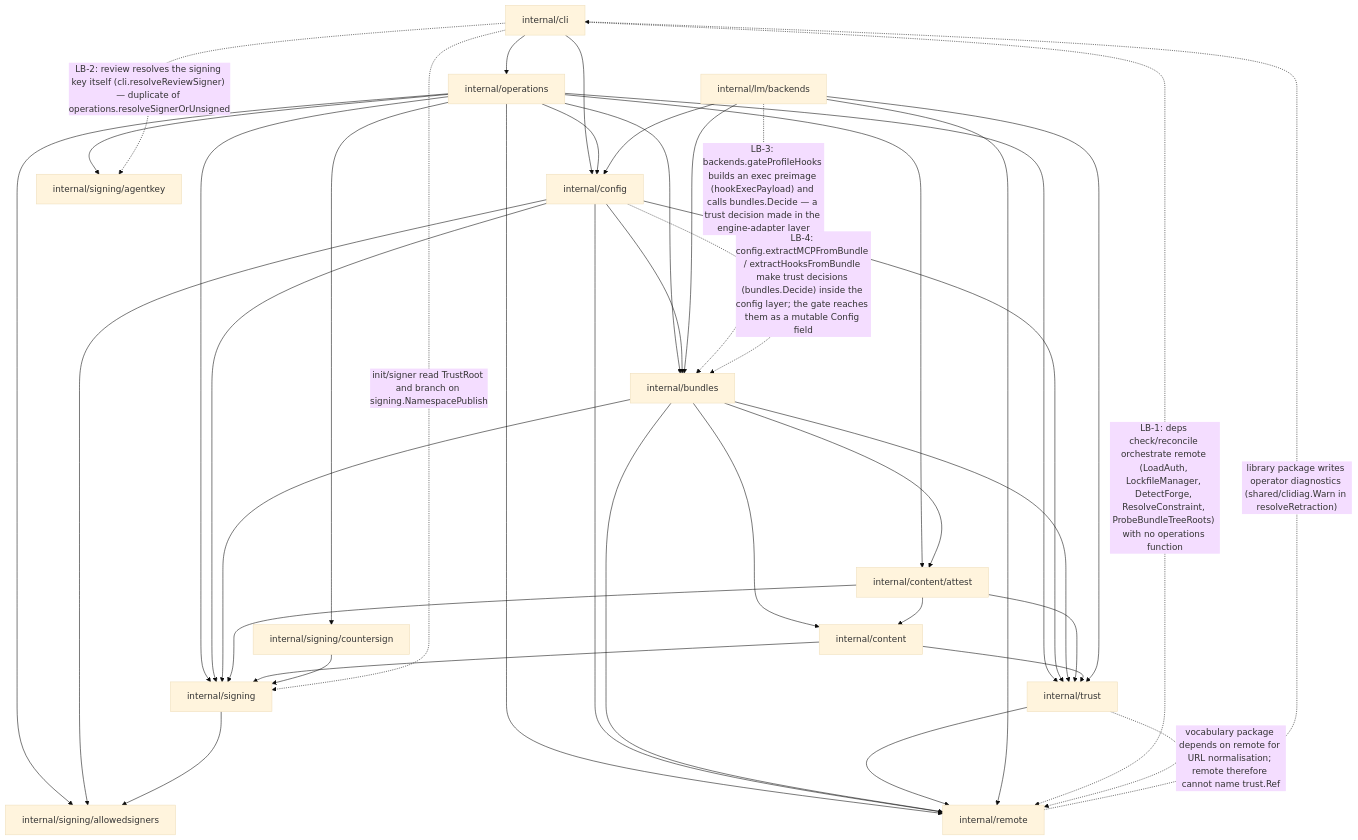
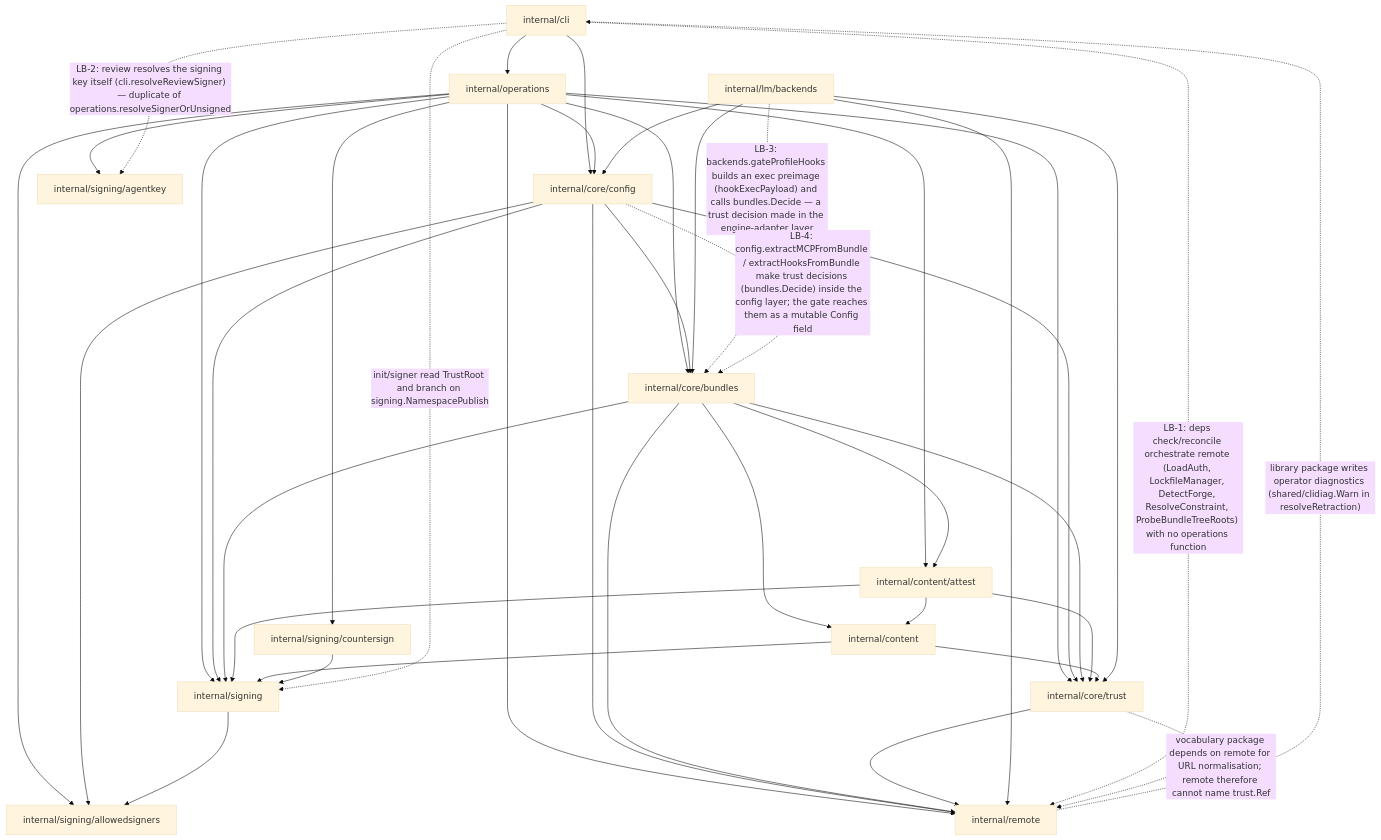
Before and after one commit to ctxloom/ctxloom: the fifth of 6 diagrams in docs/architecture/audit-2026-09-18/05-trust-signing-remote.md, drawn with Mermaid (base theme). The commit also changed other lines of this file and 1836 other files, not shown here.

First line of the commit message:
refactor(arch): move the core ring into internal/core

````diff
--- a/docs/architecture/audit-2026-09-18/05-trust-signing-remote.md
+++ b/docs/architecture/audit-2026-09-18/05-trust-signing-remote.md
@@ -407,58 +407,58 @@
 ```mermaid
 flowchart TB
   cli["internal/cli"]
   ops["internal/operations"]
-  cfg["internal/config"]
-  bnd["internal/bundles"]
+  cfg["internal/core/config"]
+  bnd["internal/core/bundles"]
   lmb["internal/lm/backends"]
   rem["internal/remote"]
   att["internal/content/attest"]
   cnt["internal/content"]
   sig["internal/signing"]
   cs["internal/signing/countersign"]
   as["internal/signing/allowedsigners"]
   ak["internal/signing/agentkey"]
-  tr["internal/trust"]
+  tr["internal/core/trust"]
 
   cli --> ops
   cli --> cfg
   ops --> cfg
   ops --> bnd
   ops --> rem
   ops --> sig
   ops --> cs
   ops --> as
   ops --> ak
   ops --> att
   ops --> tr
   cfg --> bnd
   cfg --> rem
   cfg --> as
   cfg --> sig
   cfg --> tr
   bnd --> sig
   bnd --> att
   bnd --> tr
   bnd --> rem
   bnd --> cnt
   att --> cnt
   att --> sig
   att --> tr
   cnt --> sig
   cnt --> tr
   sig --> as
   cs --> sig
   tr --> rem
   lmb --> cfg
   lmb --> bnd
   lmb --> tr
   lmb --> rem
 
   cli -. "LB-1: deps check/reconcile orchestrate remote (LoadAuth, LockfileManager, DetectForge, ResolveConstraint, ProbeBundleTreeRoots) with no operations function" .-> rem
   cli -. "LB-2: review resolves the signing key itself (cli.resolveReviewSigner) — duplicate of operations.resolveSignerOrUnsigned" .-> ak
   cli -. "init/signer read TrustRoot and branch on signing.NamespacePublish" .-> sig
   lmb -. "LB-3: backends.gateProfileHooks builds an exec preimage (hookExecPayload) and calls bundles.Decide — a trust decision made in the engine-adapter layer" .-> bnd
   cfg -. "LB-4: config.extractMCPFromBundle / extractHooksFromBundle make trust decisions (bundles.Decide) inside the config layer; the gate reaches them as a mutable Config field" .-> bnd
   tr -. "vocabulary package depends on remote for URL normalisation; remote therefore cannot name trust.Ref" .-> rem
   rem -. "library package writes operator diagnostics (shared/clidiag.Warn in resolveRetraction)" .-> cli
 ```
````
